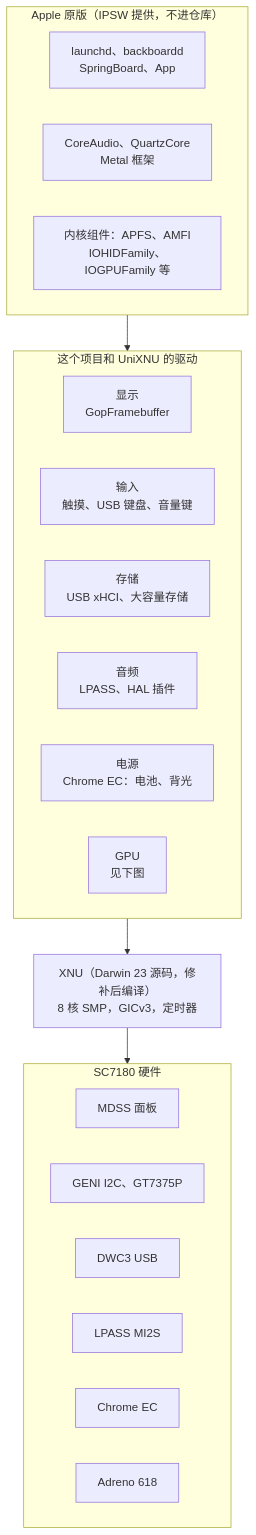
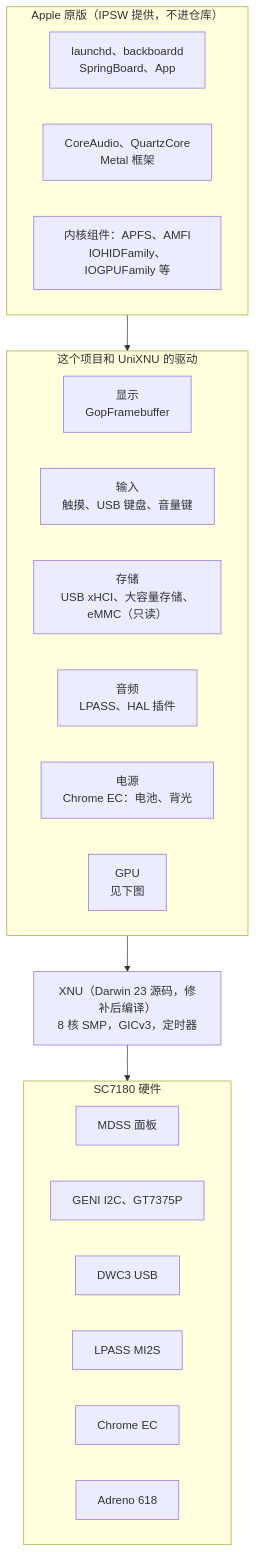
Before and after one commit to chiba233/Trogdor-ipadOS: the second of 4 diagrams in README.md, drawn with Mermaid. The commit also changed other lines of this file and 23 other files, not shown here.

````diff
--- a/README.md
+++ b/README.md
@@ -28,29 +28,29 @@
 ```mermaid
 flowchart TB
     subgraph APPLE["Apple 原版（IPSW 提供，不进仓库）"]
         direction LR
         A1["launchd、backboardd<br/>SpringBoard、App"]
         A2["CoreAudio、QuartzCore<br/>Metal 框架"]
         A3["内核组件：APFS、AMFI<br/>IOHIDFamily、IOGPUFamily 等"]
     end
     subgraph OURS["这个项目和 UniXNU 的驱动"]
         direction LR
         D1["显示<br/>GopFramebuffer"]
         D2["输入<br/>触摸、USB 键盘、音量键"]
-        D3["存储<br/>USB xHCI、大容量存储"]
+        D3["存储<br/>USB xHCI、大容量存储、eMMC（只读）"]
         D4["音频<br/>LPASS、HAL 插件"]
         D5["电源<br/>Chrome EC：电池、背光"]
         D6["GPU<br/>见下图"]
     end
     KERNEL["XNU（Darwin 23 源码，修补后编译）<br/>8 核 SMP，GICv3，定时器"]
     subgraph HW["SC7180 硬件"]
         direction LR
         H1["MDSS 面板"]
         H2["GENI I2C、GT7375P"]
         H3["DWC3 USB"]
         H4["LPASS MI2S"]
         H5["Chrome EC"]
         H6["Adreno 618"]
     end
     APPLE --> OURS --> KERNEL --> HW
 ```
````
